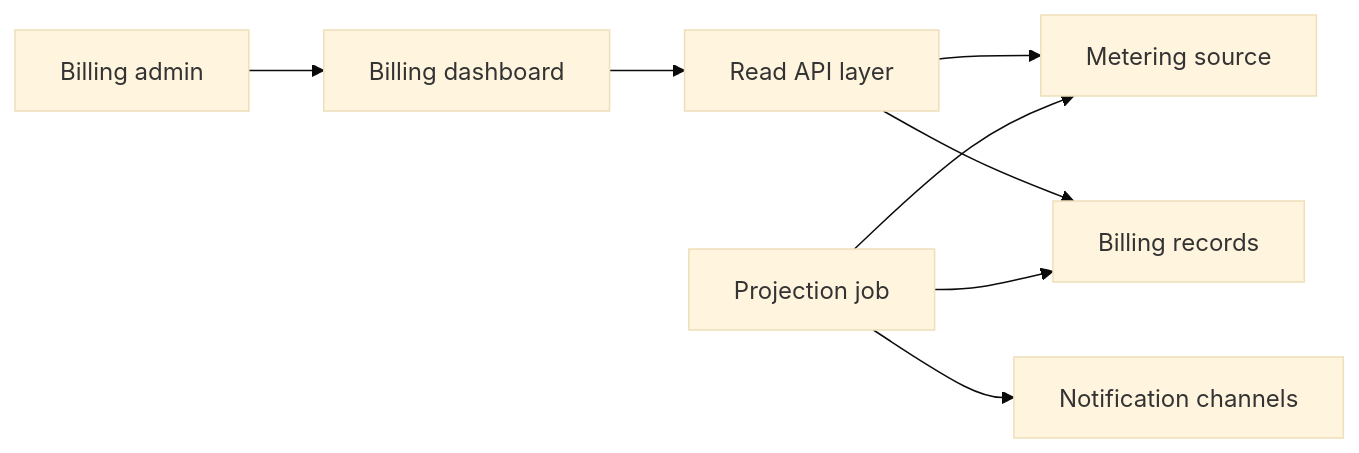
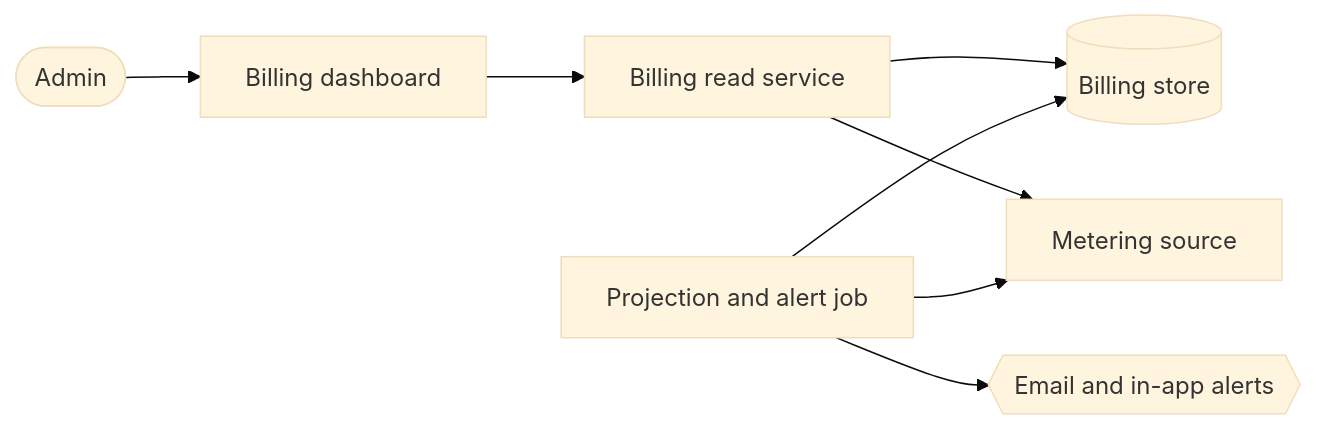
The second of 4 diagrams in examples/specs/002-billing-usage-dashboard/product/20-plan.md (d0whc3r/spec-kit-product), drawn with Mermaid (base theme) before and after one commit. The commit also changed other lines of this file and 4 other files, not shown here.

First line of the commit message:
Refactor Self-Serve Billing Usage Dashboard Documentation

````diff
--- a/examples/specs/002-billing-usage-dashboard/product/20-plan.md
+++ b/examples/specs/002-billing-usage-dashboard/product/20-plan.md
@@ -64,10 +62,10 @@
 ```mermaid
 flowchart LR
-    Admin[Billing admin] --> Dashboard[Billing dashboard]
-    Dashboard --> ReadLayer[Read API layer]
-    ReadLayer --> Metering[Metering source]
-    ReadLayer --> Records[Billing records]
-    Job[Projection job] --> Metering
-    Job --> Records
-    Job --> Notices[Notification channels]
+    Admin([Admin]) --> Dashboard[Billing dashboard]
+    Dashboard --> ReadService[Billing read service]
+    ReadService --> Store[(Billing store)]
+    ReadService --> Metering[Metering source]
+    Job[Projection and alert job] --> Store
+    Job --> Metering
+    Job --> Alerts{{Email and in-app alerts}}
 ```
````
